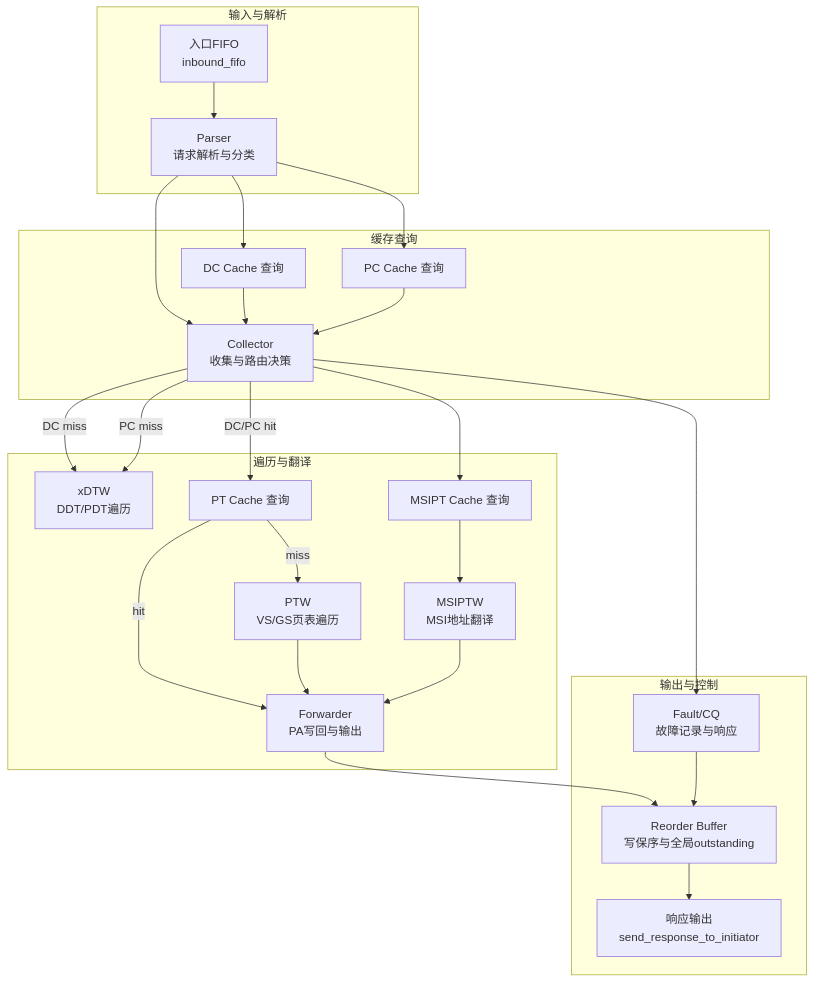
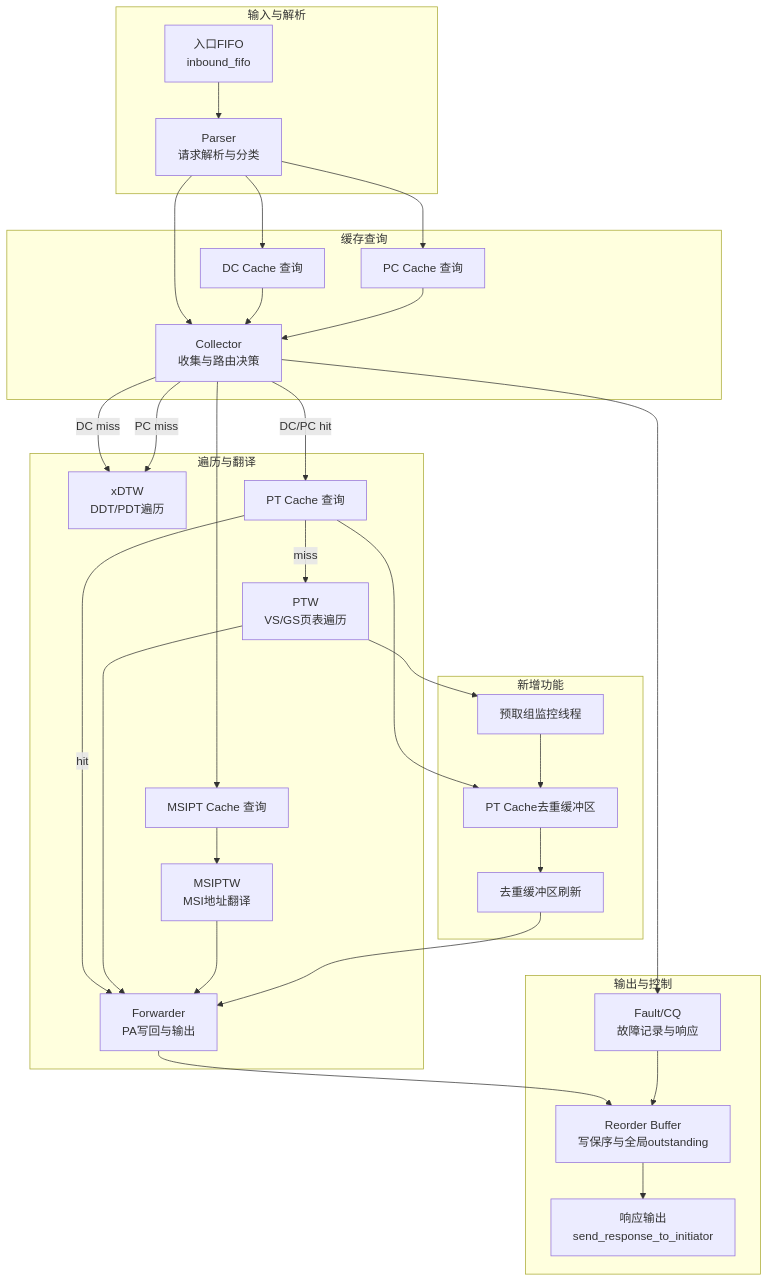
One commit to jiangjiang1122/iommu_model_20260401_v1 changed the first of 16 diagrams in .qoder/repowiki/zh/content/性能模型实现/性能模型实现.md. Above: the diagram before and after it, drawn with Mermaid. The commit also changed other lines of this file and 12 other files, not shown here.

````diff
--- a/.qoder/repowiki/zh/content/性能模型实现/性能模型实现.md
+++ b/.qoder/repowiki/zh/content/性能模型实现/性能模型实现.md
@@ -57,30 +62,37 @@
 ```mermaid
 graph TB
 subgraph "输入与解析"
 IN["入口FIFO<br/>inbound_fifo"] --> P["Parser<br/>请求解析与分类"]
 end
 subgraph "缓存查询"
 P --> C1["Collector<br/>收集与路由决策"]
 P --> DCQ["DC Cache 查询"]
 P --> PCQ["PC Cache 查询"]
 DCQ --> C1
 PCQ --> C1
 end
 subgraph "遍历与翻译"
 C1 --> |DC miss| XDTW["xDTW<br/>DDT/PDT遍历"]
 C1 --> |PC miss| XDTW
 C1 --> |DC/PC hit| PT["PT Cache 查询"]
 PT --> |hit| FWD["Forwarder<br/>PA写回与输出"]
 PT --> |miss| PTW["PTW<br/>VS/GS页表遍历"]
 PTW --> FWD
 C1 --> MSI["MSIPT Cache 查询"]
 MSI --> MSIW["MSIPTW<br/>MSI地址翻译"]
 MSIW --> FWD
 end
 subgraph "输出与控制"
 FWD --> REO["Reorder Buffer<br/>写保序与全局outstanding"]
 REO --> OUT["响应输出<br/>send_response_to_initiator"]
 C1 --> FAU["Fault/CQ<br/>故障记录与响应"]
 FAU --> REO
 end
+subgraph "新增功能"
+PT --> DEDUP["PT Cache去重缓冲区"]
+PTW --> MONITOR["预取组监控线程"]
+MONITOR --> DEDUP
+DEDUP --> FLUSH["去重缓冲区刷新"]
+FLUSH --> FWD
+end
 ```
````
